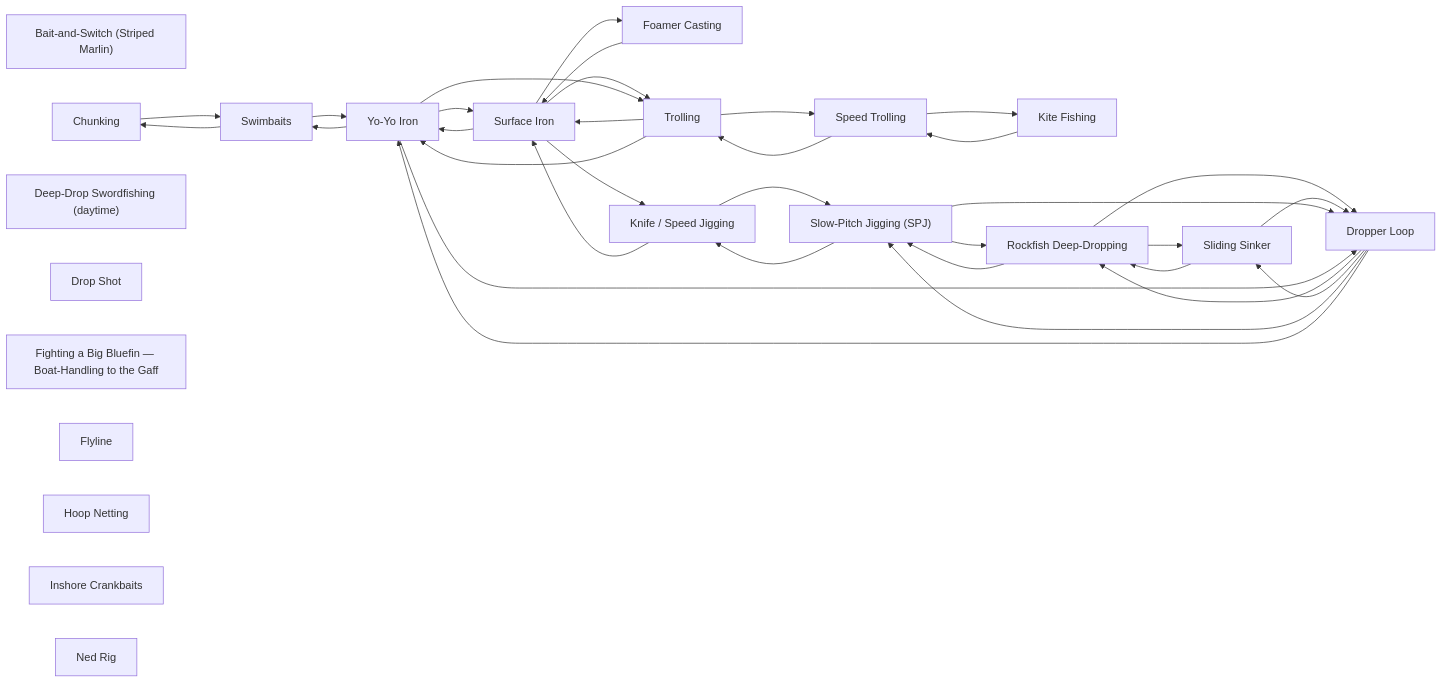
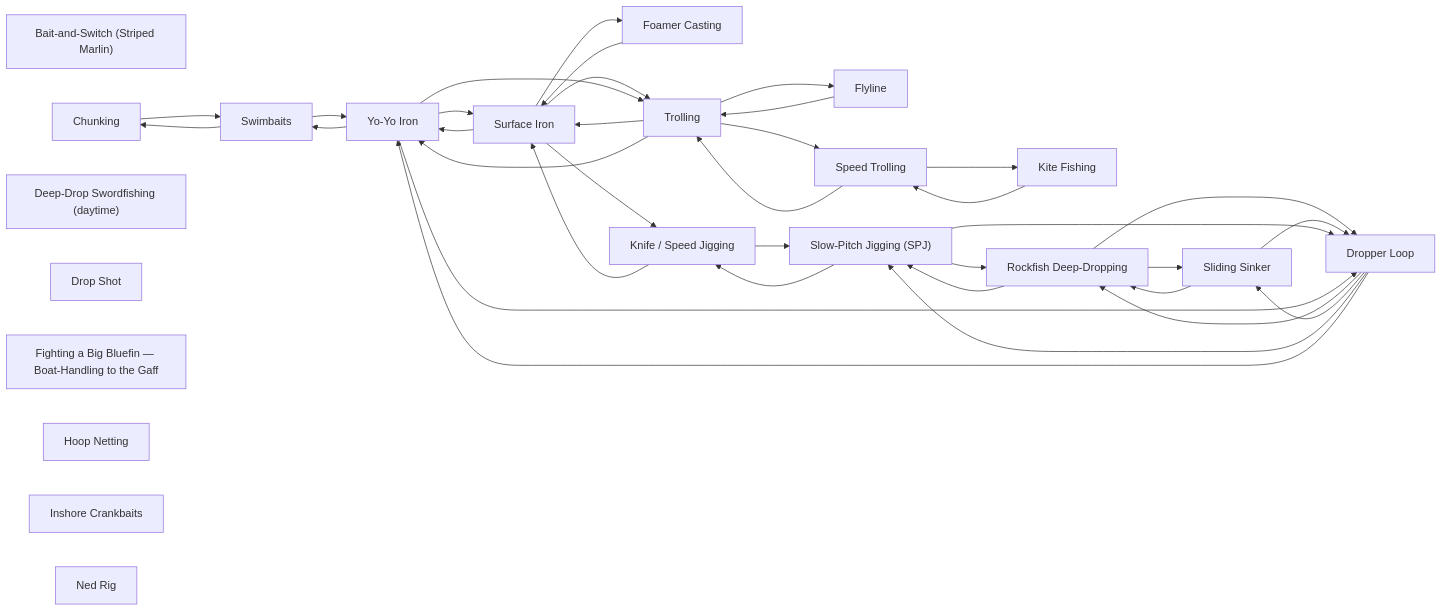
Before and after one commit to camchuckpete-max/Socal-Fishing-Knowledge: the diagram in techniques/README.md, drawn with Mermaid. The commit also changed 3 other files, not shown here.

````diff
--- a/techniques/README.md
+++ b/techniques/README.md
@@ -34,56 +34,58 @@
 ```mermaid
 graph LR
   n0["Bait-and-Switch (Striped Marlin)"]
   n1["Chunking"]
   n2["Deep-Drop Swordfishing (daytime)"]
   n3["Drop Shot"]
   n4["Dropper Loop"]
   n5["Fighting a Big Bluefin — Boat-Handling to the Gaff"]
   n6["Flyline"]
   n7["Foamer Casting"]
   n8["Hoop Netting"]
   n9["Inshore Crankbaits"]
   n10["Kite Fishing"]
   n11["Knife / Speed Jigging"]
   n12["Ned Rig"]
   n13["Rockfish Deep-Dropping"]
   n14["Sliding Sinker"]
   n15["Slow-Pitch Jigging (SPJ)"]
   n16["Speed Trolling"]
   n17["Surface Iron"]
   n18["Swimbaits"]
   n19["Trolling"]
   n20["Yo-Yo Iron"]
   n1 --> n18
   n10 --> n16
   n11 --> n15
   n11 --> n17
   n13 --> n14
   n13 --> n15
   n13 --> n4
   n14 --> n13
   n14 --> n4
   n15 --> n11
   n15 --> n13
   n15 --> n4
   n16 --> n10
   n16 --> n19
   n17 --> n11
   n17 --> n19
   n17 --> n20
   n17 --> n7
   n18 --> n1
   n18 --> n20
   n19 --> n16
   n19 --> n17
   n19 --> n20
+  n19 --> n6
   n20 --> n17
   n20 --> n18
   n20 --> n19
   n20 --> n4
   n4 --> n13
   n4 --> n14
   n4 --> n15
   n4 --> n20
+  n6 --> n19
   n7 --> n17
 ```
````
